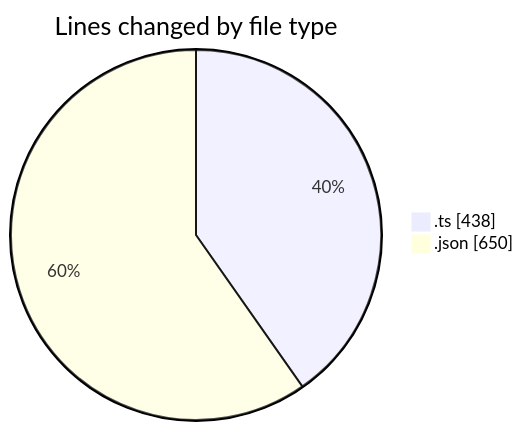
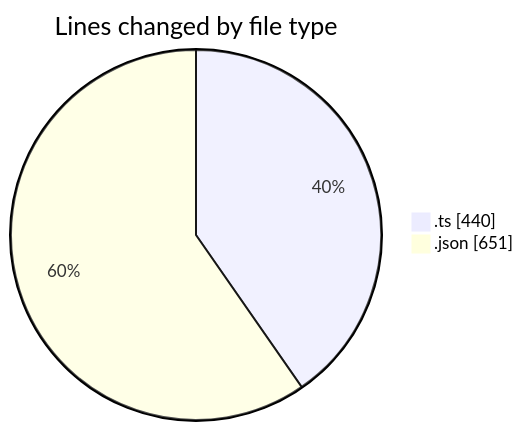
The first of 2 diagrams in 2025-08-26/mcp-web/README.md (EIIisD/code-tracking), drawn with Mermaid before and after one commit. The commit also changed other lines of this file and 1 other file, not shown here.

````diff
--- a/2025-08-26/mcp-web/README.md
+++ b/2025-08-26/mcp-web/README.md
@@ -23,6 +23,6 @@
 ```mermaid
 pie showData
 title Lines changed by file type
-".ts" : 438
-".json" : 650
+".ts" : 440
+".json" : 651
 ```
````
